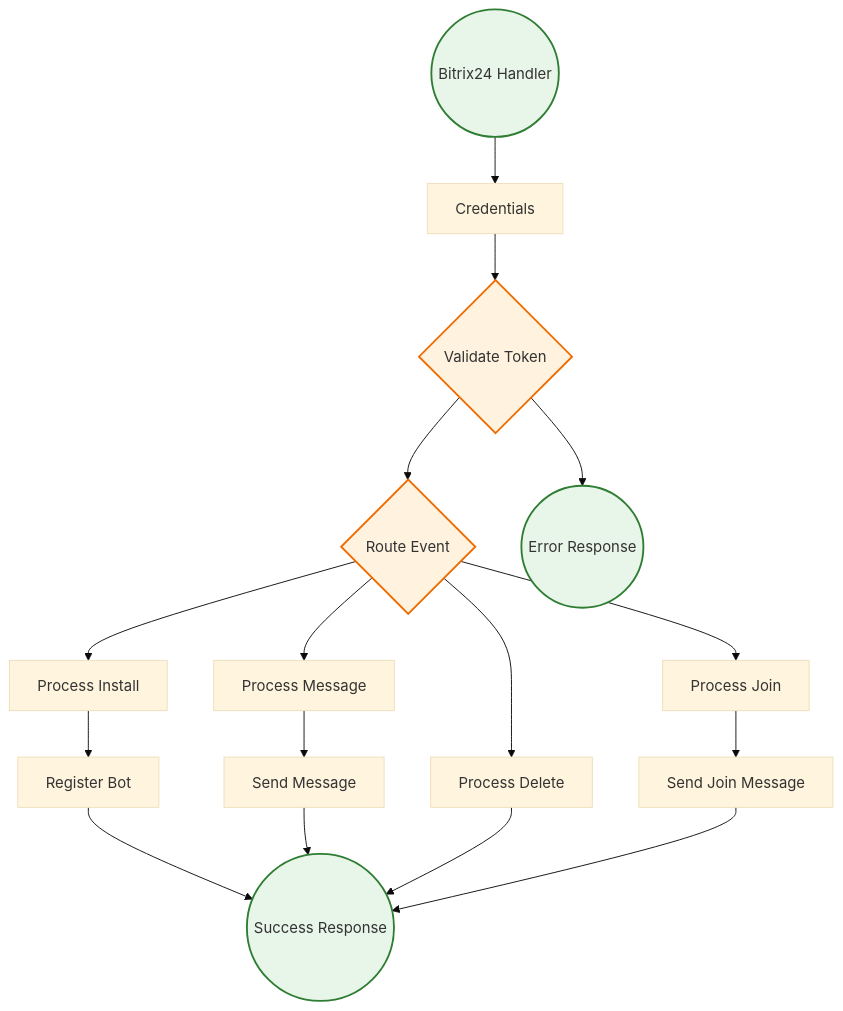
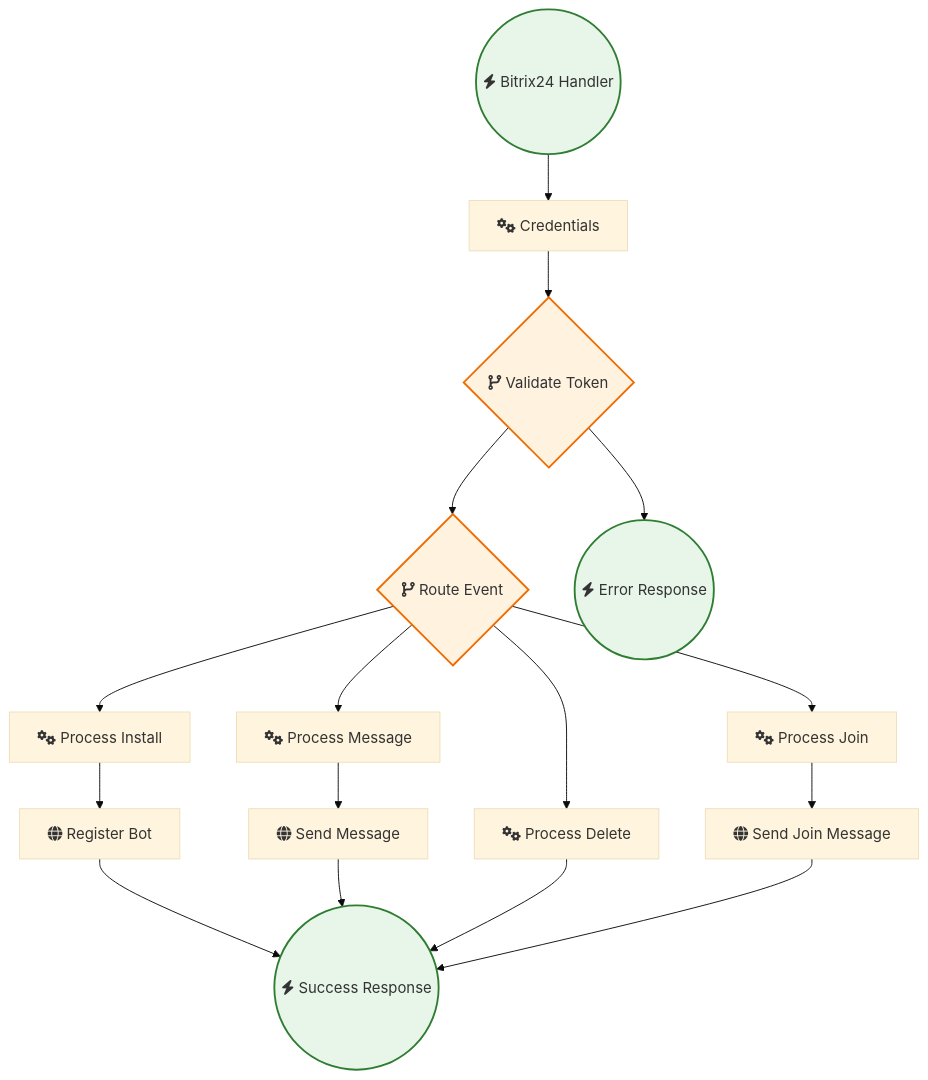
The diagram in Other_Integrations_and_Use_Cases/Bitrix24 Chatbot Application Workflow example with Webhook Integration.md (sreyash3105/N8N-DEMO-AUTOMATIONS), drawn with Mermaid (base theme) before and after one commit. The commit also changed 291 other files, not shown here.

````diff
--- a/Other_Integrations_and_Use_Cases/Bitrix24 Chatbot Application Workflow example with Webhook Integration.md
+++ b/Other_Integrations_and_Use_Cases/Bitrix24 Chatbot Application Workflow example with Webhook Integration.md
@@ -1,36 +1,36 @@
 ```mermaid
 graph TD
     classDef trigger fill:#e8f5e9,stroke:#2e7d32,stroke-width:2px;
     classDef ai fill:#e3f2fd,stroke:#1565c0,stroke-width:2px;
     classDef logic fill:#fff3e0,stroke:#ef6c00,stroke-width:2px;
 
-    Bitrix24_Handler(("Bitrix24 Handler")):::trigger
-    Credentials["Credentials"]
-    Validate_Token{"Validate Token"}:::logic
-    Route_Event{"Route Event"}:::logic
-    Process_Message["Process Message"]
-    Process_Join["Process Join"]
-    Process_Install["Process Install"]
-    Register_Bot["Register Bot"]
-    Send_Message["Send Message"]
-    Send_Join_Message["Send Join Message"]
-    Process_Delete["Process Delete"]
-    Success_Response(("Success Response")):::trigger
-    Error_Response(("Error Response")):::trigger
+    Bitrix24_Handler(("fas:fa-bolt Bitrix24 Handler")):::trigger
+    Credentials["fas:fa-cogs Credentials"]
+    Validate_Token{"fas:fa-code-branch Validate Token"}:::logic
+    Route_Event{"fas:fa-code-branch Route Event"}:::logic
+    Process_Message["fas:fa-cogs Process Message"]
+    Process_Join["fas:fa-cogs Process Join"]
+    Process_Install["fas:fa-cogs Process Install"]
+    Register_Bot["fas:fa-globe Register Bot"]
+    Send_Message["fas:fa-globe Send Message"]
+    Send_Join_Message["fas:fa-globe Send Join Message"]
+    Process_Delete["fas:fa-cogs Process Delete"]
+    Success_Response(("fas:fa-bolt Success Response")):::trigger
+    Error_Response(("fas:fa-bolt Error Response")):::trigger
 
     Credentials --> Validate_Token
     Route_Event --> Process_Message
     Route_Event --> Process_Join
     Route_Event --> Process_Install
     Route_Event --> Process_Delete
     Process_Join --> Send_Join_Message
     Register_Bot --> Success_Response
     Send_Message --> Success_Response
     Process_Delete --> Success_Response
     Validate_Token --> Route_Event
     Validate_Token --> Error_Response
     Process_Install --> Register_Bot
     Process_Message --> Send_Message
     Bitrix24_Handler --> Credentials
     Send_Join_Message --> Success_Response
 ```
````
